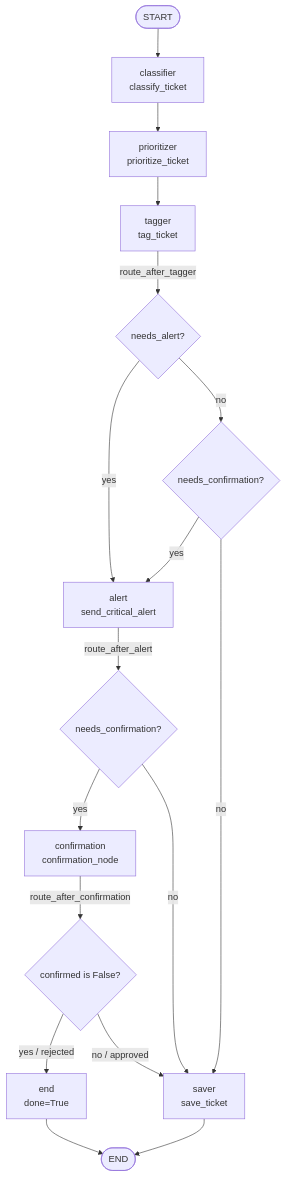
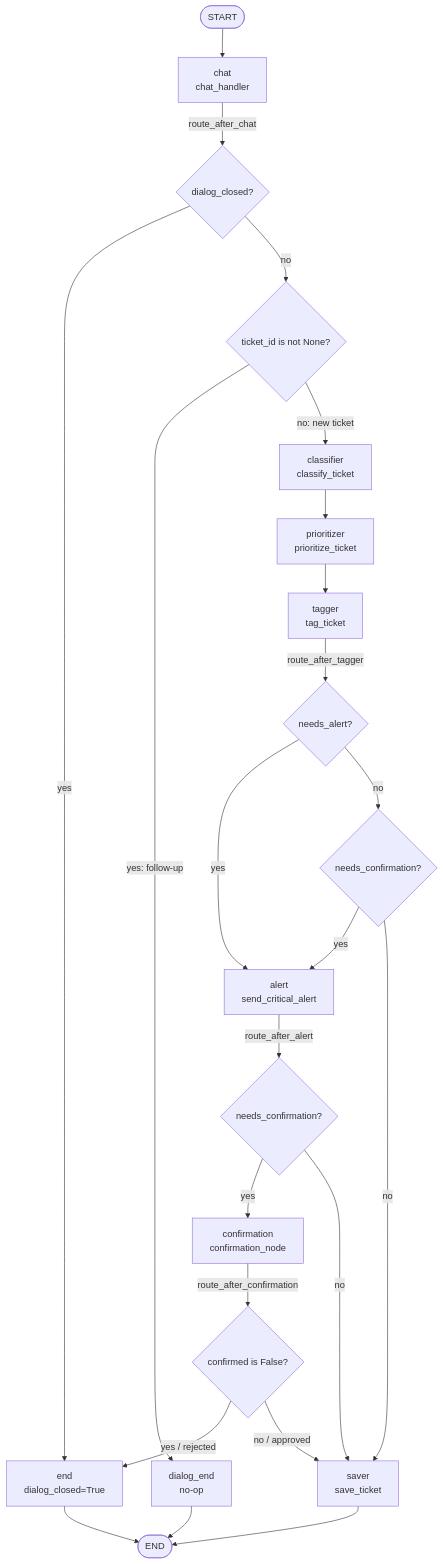
One commit to aryabchi/support-ai changed the diagram in README.md. Above: the diagram before and after it, drawn with Mermaid. The commit also changed other lines of this file and 9 other files, not shown here.

Commit message:
feat: add multiturn dialog support with chat history and follow-up routing

````diff
--- a/README.md
+++ b/README.md
@@ -11,23 +17,31 @@
 ```mermaid
 flowchart TD
-    START([START]) --> classifier[classifier<br/>classify_ticket]
+    START([START]) --> chat[chat<br/>chat_handler]
+
+    chat -->|route_after_chat| R0{dialog_closed?}
+    R0 -->|yes| endNode[end<br/>dialog_closed=True]
+    R0 -->|no| R0b{ticket_id is not None?}
+    R0b -->|yes: follow-up| dialogEnd[dialog_end<br/>no-op]
+    R0b -->|no: new ticket| classifier[classifier<br/>classify_ticket]
+
     classifier --> prioritizer[prioritizer<br/>prioritize_ticket]
     prioritizer --> tagger[tagger<br/>tag_ticket]
 
     tagger -->|route_after_tagger| R1{needs_alert?}
     R1 -->|yes| alert[alert<br/>send_critical_alert]
     R1 -->|no| R2{needs_confirmation?}
     R2 -->|yes| alert
-    R2 -->|no| saver
+    R2 -->|no| saver[saver<br/>save_ticket]
 
     alert -->|route_after_alert| R3{needs_confirmation?}
     R3 -->|yes| confirmation[confirmation<br/>confirmation_node]
-    R3 -->|no| saver[saver<br/>save_ticket]
+    R3 -->|no| saver
 
     confirmation -->|route_after_confirmation| R4{confirmed is False?}
-    R4 -->|yes / rejected| endNode[end<br/>done=True]
+    R4 -->|yes / rejected| endNode
     R4 -->|no / approved| saver
 
     saver --> END([END])
     endNode --> END
+    dialogEnd --> END
 ```
````
